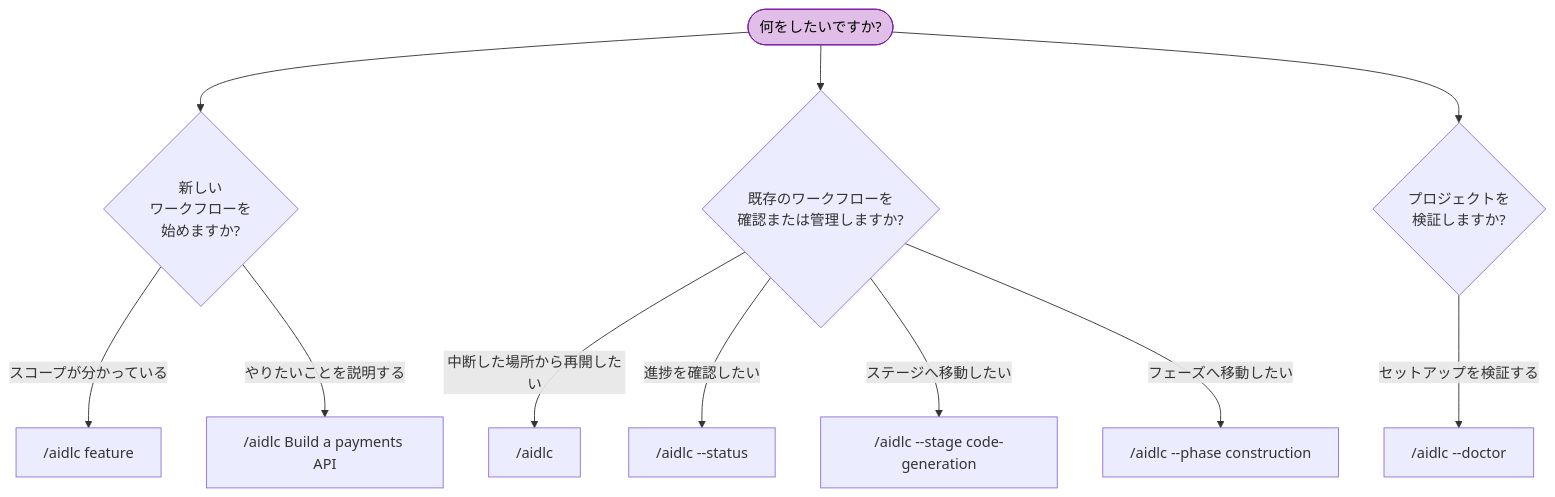
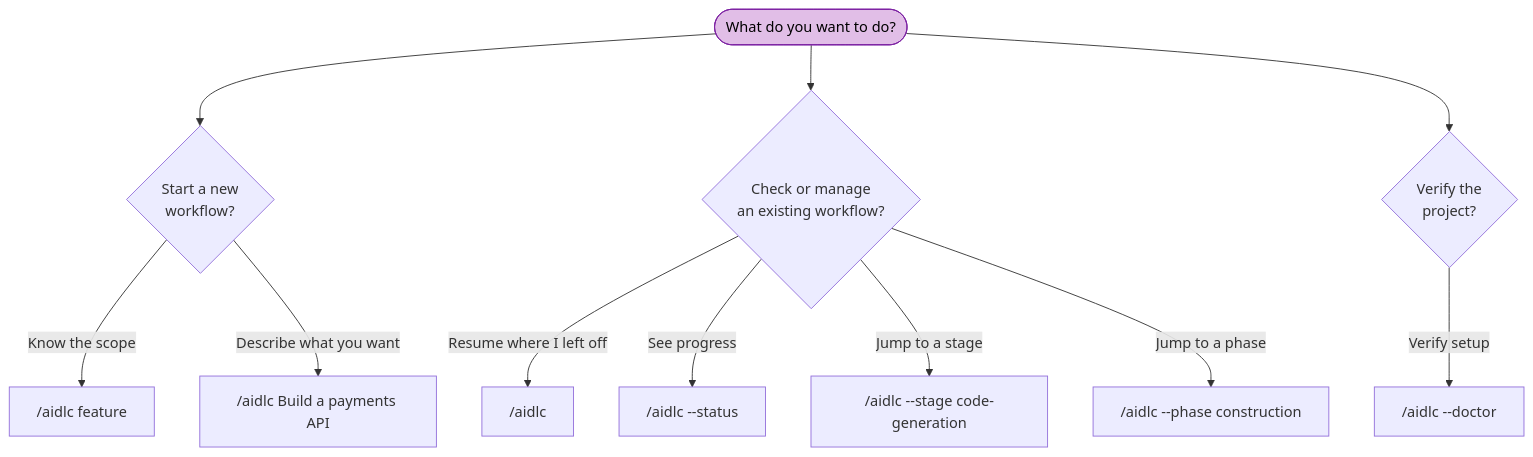
One commit to otomatty/aidlc-guide changed the diagram in docs/guide/ja/12-cli-commands.md. Above: the diagram before and after it, drawn with Mermaid. The commit also changed other lines of this file and 281 other files, not shown here.

````diff
--- a/docs/guide/ja/12-cli-commands.md
+++ b/docs/guide/ja/12-cli-commands.md
@@ -63,30 +88,30 @@
 ```mermaid
 flowchart TD
-    START(["何をしたいですか?"])
+    START(["What do you want to do?"])
 
-    Q1{"新しい\nワークフローを\n始めますか?"}
-    Q2{"既存のワークフローを\n確認または管理しますか?"}
-    Q3{"プロジェクトを\n検証しますか?"}
+    Q1{"Start a new\nworkflow?"}
+    Q2{"Check or manage\nan existing workflow?"}
+    Q3{"Verify the\nproject?"}
 
     A1["/aidlc feature"]
     A2["/aidlc Build a payments API"]
     A3["/aidlc"]
     A4["/aidlc --status"]
     A5["/aidlc --stage code-generation"]
     A6["/aidlc --phase construction"]
     A8["/aidlc --doctor"]
 
     START --> Q1
     START --> Q2
     START --> Q3
 
-    Q1 -->|"スコープが分かっている"| A1
-    Q1 -->|"やりたいことを説明する"| A2
-    Q2 -->|"中断した場所から再開したい"| A3
-    Q2 -->|"進捗を確認したい"| A4
-    Q2 -->|"ステージへ移動したい"| A5
-    Q2 -->|"フェーズへ移動したい"| A6
-    Q3 -->|"セットアップを検証する"| A8
+    Q1 -->|"Know the scope"| A1
+    Q1 -->|"Describe what you want"| A2
+    Q2 -->|"Resume where I left off"| A3
+    Q2 -->|"See progress"| A4
+    Q2 -->|"Jump to a stage"| A5
+    Q2 -->|"Jump to a phase"| A6
+    Q3 -->|"Verify setup"| A8
 
     style START fill:#e1bee7,stroke:#7b1fa2,color:#000
 ```
````
